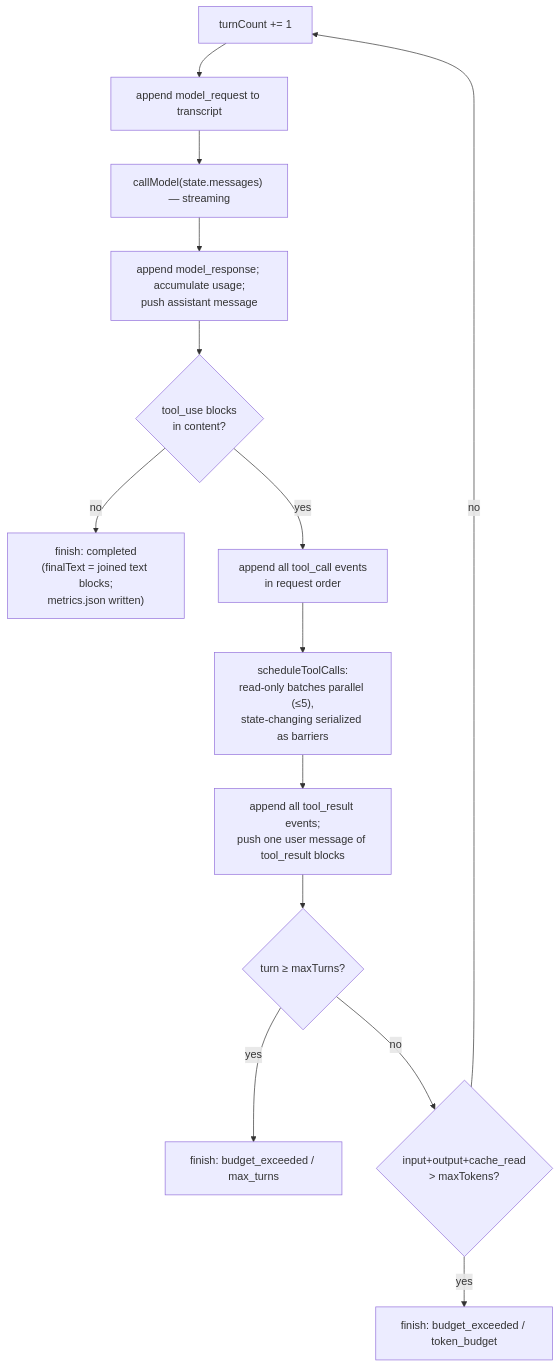
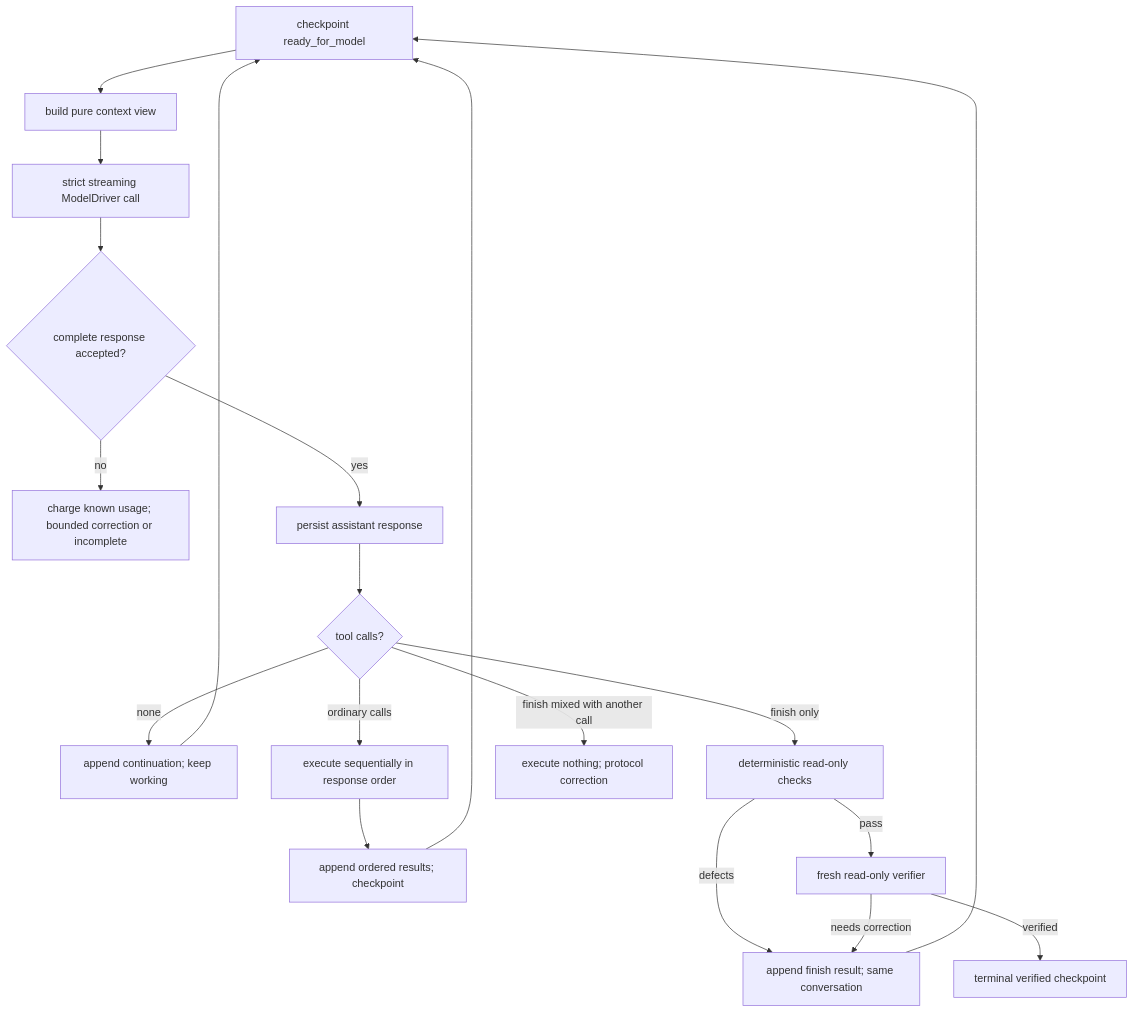
Before and after one commit to briosolivares/evidence-collection-agent: the second of 5 diagrams in .agents/summary/workflows.md, drawn with Mermaid. The commit also changed other lines of this file and 23 other files, not shown here.

Commit message:
docs: consolidate v3 architecture guidance

````diff
--- a/.agents/summary/workflows.md
+++ b/.agents/summary/workflows.md
@@ -32,16 +48,21 @@
 ```mermaid
 flowchart TD
-    A["turnCount += 1"] --> B["append model_request to transcript"]
-    B --> C["callModel(state.messages) — streaming"]
-    C --> D["append model_response; accumulate usage;\npush assistant message"]
-    D --> E{"tool_use blocks\nin content?"}
-    E -->|"no"| F["finish: completed\n(finalText = joined text blocks;\nmetrics.json written)"]
-    E -->|"yes"| G["append all tool_call events\nin request order"]
-    G --> H["scheduleToolCalls:\nread-only batches parallel (≤5),\nstate-changing serialized as barriers"]
-    H --> I["append all tool_result events;\npush one user message of tool_result blocks"]
-    I --> J{"turn ≥ maxTurns?"}
-    J -->|"yes"| K["finish: budget_exceeded / max_turns"]
-    J -->|"no"| L{"input+output+cache_read\n> maxTokens?"}
-    L -->|"yes"| M["finish: budget_exceeded / token_budget"]
-    L -->|"no"| A
+    A["checkpoint ready_for_model"] --> B["build pure context view"]
+    B --> C["strict streaming ModelDriver call"]
+    C --> D{"complete response accepted?"}
+    D -->|no| E["charge known usage; bounded correction or incomplete"]
+    D -->|yes| F["persist assistant response"]
+    F --> G{"tool calls?"}
+    G -->|none| H["append continuation; keep working"]
+    G -->|ordinary calls| I["execute sequentially in response order"]
+    I --> J["append ordered results; checkpoint"]
+    G -->|finish only| K["deterministic read-only checks"]
+    G -->|finish mixed with another call| L["execute nothing; protocol correction"]
+    K -->|defects| M["append finish result; same conversation"]
+    K -->|pass| N["fresh read-only verifier"]
+    N -->|needs correction| M
+    N -->|verified| O["terminal verified checkpoint"]
+    H --> A
+    J --> A
+    M --> A
 ```
````
